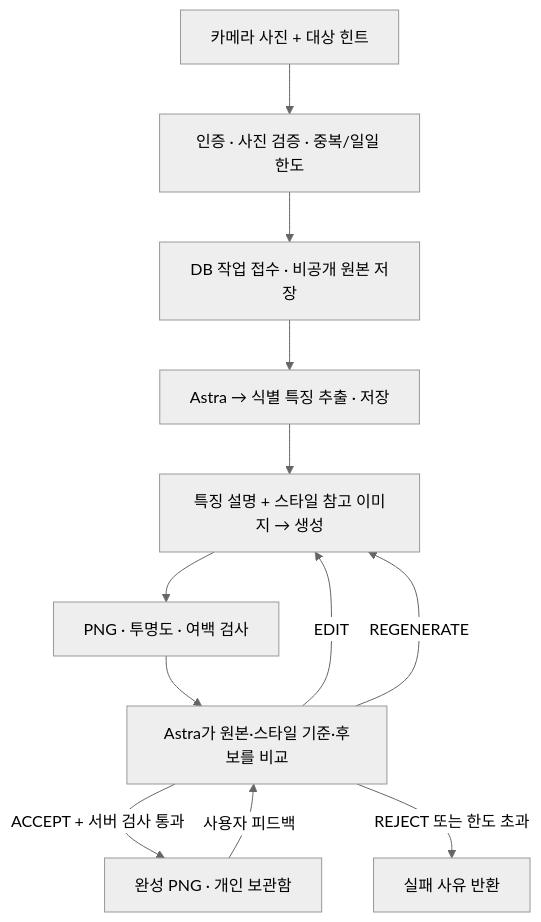
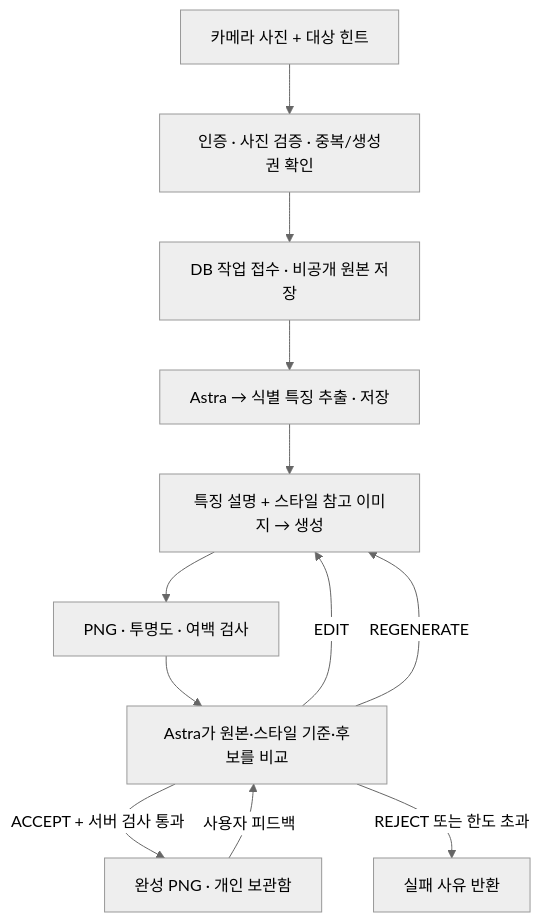
The diagram in docs/work/photo-furniture-astra.md (TripleS-soma/rougether-server), drawn with Mermaid (neutral theme) before and after one commit. The commit also changed other lines of this file and 9 other files, not shown here.

````diff
--- a/docs/work/photo-furniture-astra.md
+++ b/docs/work/photo-furniture-astra.md
@@ -7,14 +7,14 @@
 ```mermaid
 flowchart TD
-    P[카메라 사진 + 대상 힌트] --> U[인증 · 사진 검증 · 중복/일일 한도]
+    P[카메라 사진 + 대상 힌트] --> U[인증 · 사진 검증 · 중복/생성권 확인]
     U --> J[DB 작업 접수 · 비공개 원본 저장]
     J --> E[Astra → 식별 특징 추출 · 저장]
     E --> G[특징 설명 + 스타일 참고 이미지 → 생성]
     G --> Q[PNG · 투명도 · 여백 검사]
     Q --> R[Astra가 원본·스타일 기준·후보를 비교]
     R -->|ACCEPT + 서버 검사 통과| I[완성 PNG · 개인 보관함]
     R -->|EDIT| G
     R -->|REGENERATE| G
     R -->|REJECT 또는 한도 초과| F[실패 사유 반환]
     I -->|사용자 피드백| R
 ```
````
